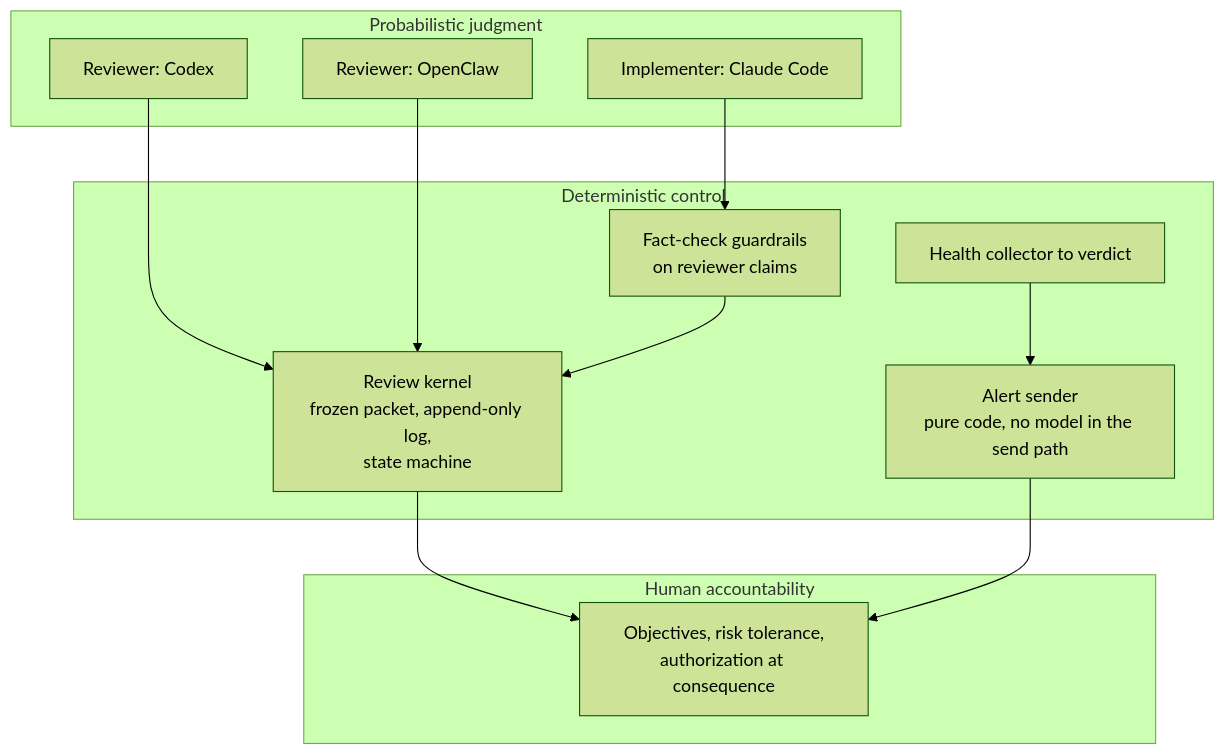
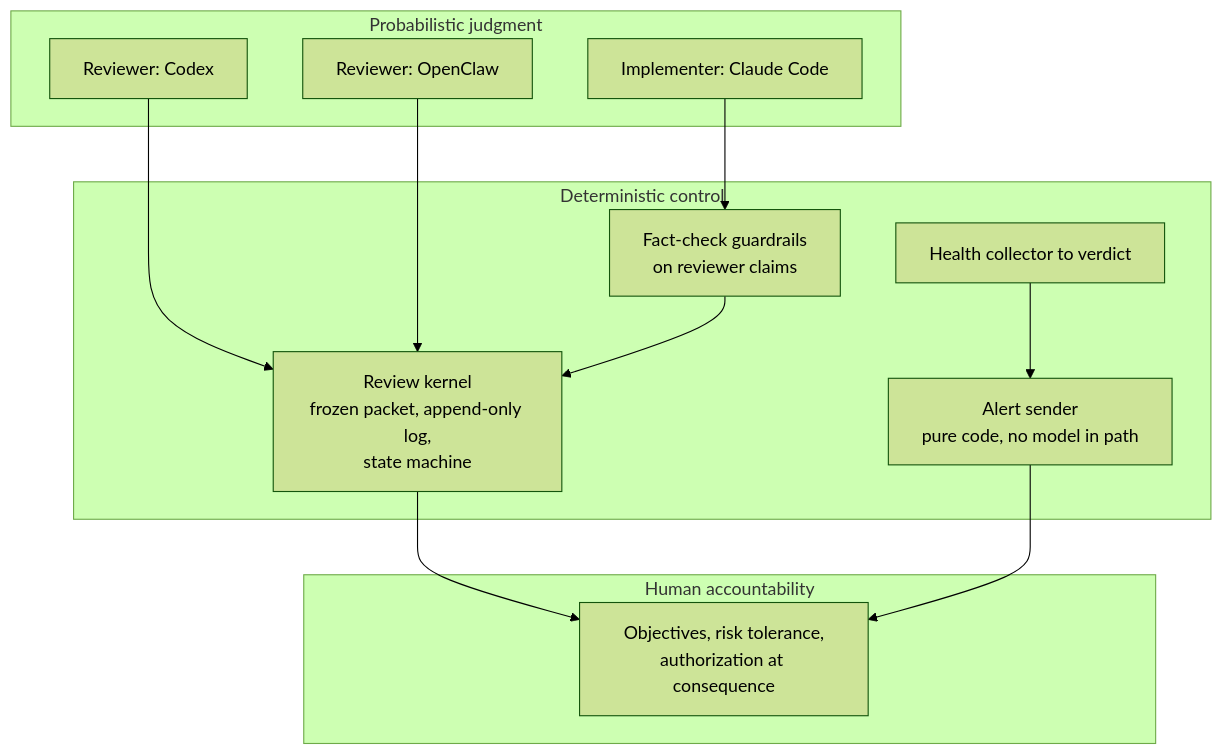
The diagram in diagrams/03-three-layer-trust-model.mmd (justinzealand/executive-ai-portfolio), drawn with Mermaid (forest theme) before and after one commit. The commit also changed 6 other files, not shown here.

```diff
--- a/diagrams/03-three-layer-trust-model.mmd
+++ b/diagrams/03-three-layer-trust-model.mmd
@@ -1,22 +1,22 @@
 flowchart TB
   subgraph L1["Probabilistic judgment"]
     M1["Reviewer: Codex"]
     M2["Reviewer: OpenClaw"]
     M3["Implementer: Claude Code"]
   end
   subgraph L2["Deterministic control"]
     K["Review kernel<br/>frozen packet, append-only log,<br/>state machine"]
     FC["Fact-check guardrails<br/>on reviewer claims"]
     HC["Health collector to verdict"]
-    AS["Alert sender<br/>pure code, no model in the send path"]
+    AS["Alert sender<br/>pure code, no model in path"]
   end
   subgraph L3["Human accountability"]
     HU["Objectives, risk tolerance,<br/>authorization at consequence"]
   end
   M1 --> K
   M2 --> K
   M3 --> FC
   FC --> K
   K --> HU
   HC --> AS
   AS --> HU
```
